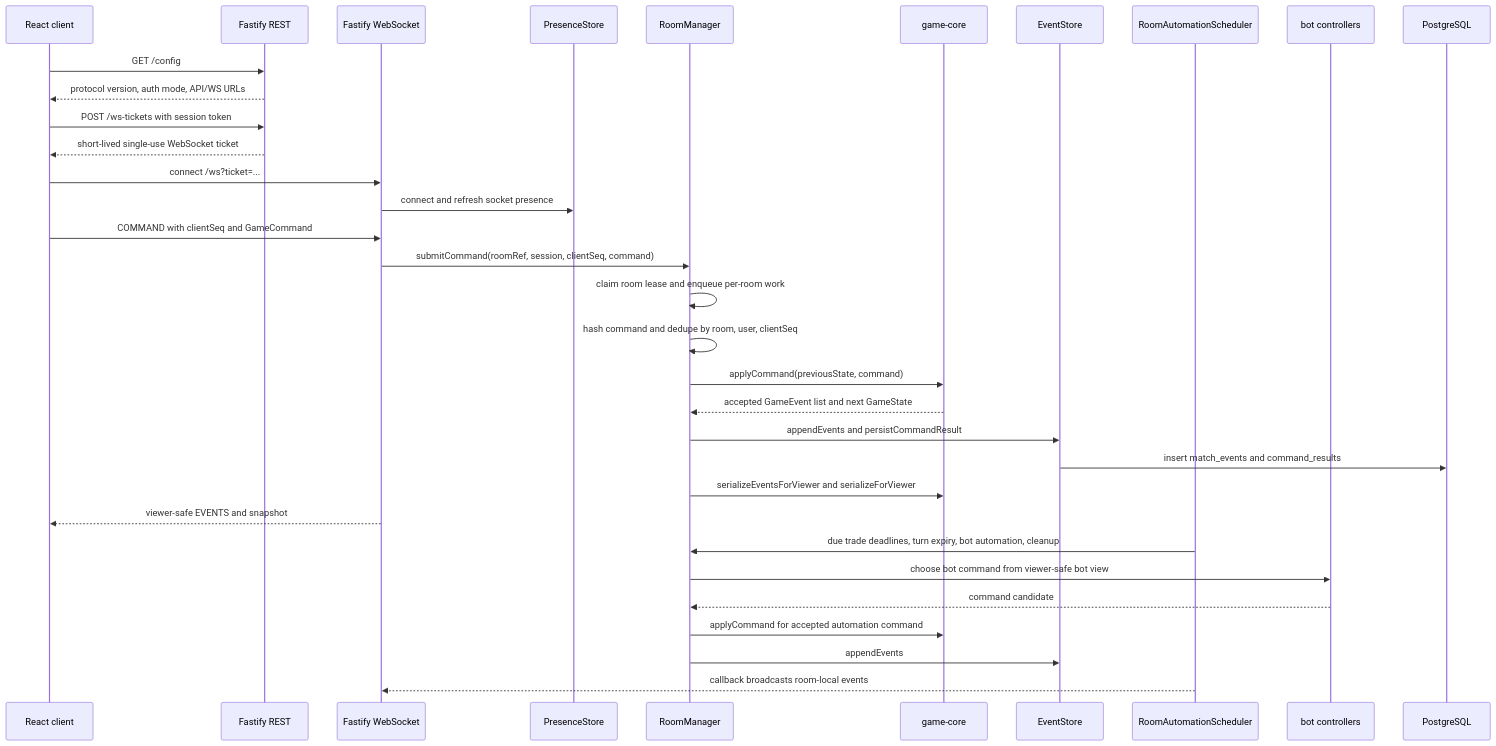
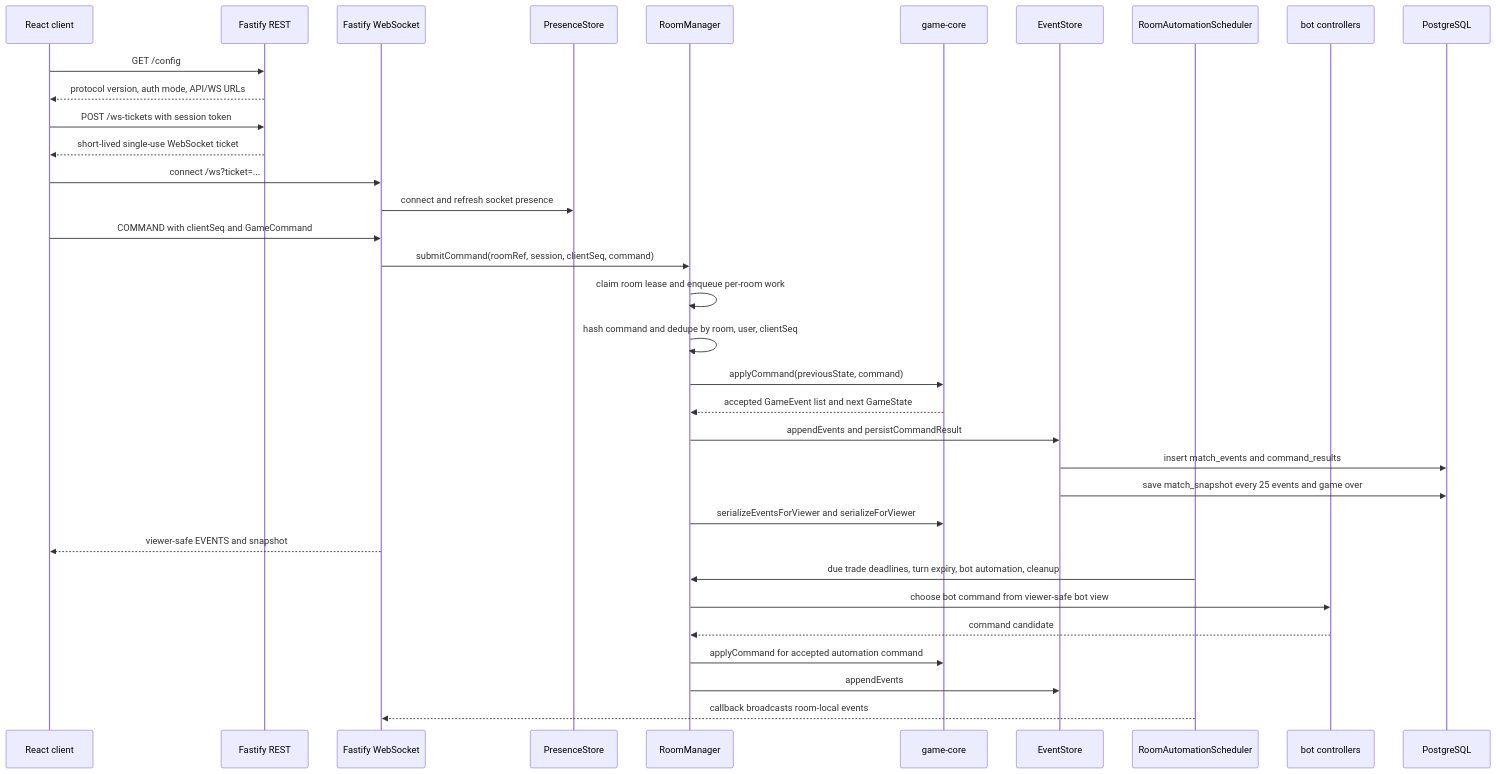
The sixth of 10 diagrams in docs/architecture.md (sahnsookyung/colonizt), drawn with Mermaid before and after one commit. The commit also changed other lines of this file and 19 other files, not shown here.

````diff
--- a/docs/architecture.md
+++ b/docs/architecture.md
@@ -283,38 +298,39 @@
 ```mermaid
 sequenceDiagram
   participant Client as React client
   participant API as Fastify REST
   participant Socket as Fastify WebSocket
   participant Presence as PresenceStore
   participant Manager as RoomManager
   participant Core as game-core
   participant Store as EventStore
   participant Scheduler as RoomAutomationScheduler
   participant Bots as bot controllers
   participant DB as PostgreSQL
 
   Client->>API: GET /config
   API-->>Client: protocol version, auth mode, API/WS URLs
   Client->>API: POST /ws-tickets with session token
   API-->>Client: short-lived single-use WebSocket ticket
   Client->>Socket: connect /ws?ticket=...
   Socket->>Presence: connect and refresh socket presence
 
   Client->>Socket: COMMAND with clientSeq and GameCommand
   Socket->>Manager: submitCommand(roomRef, session, clientSeq, command)
   Manager->>Manager: claim room lease and enqueue per-room work
   Manager->>Manager: hash command and dedupe by room, user, clientSeq
   Manager->>Core: applyCommand(previousState, command)
   Core-->>Manager: accepted GameEvent list and next GameState
   Manager->>Store: appendEvents and persistCommandResult
   Store->>DB: insert match_events and command_results
+  Store->>DB: save match_snapshot every 25 events and game over
   Manager->>Core: serializeEventsForViewer and serializeForViewer
   Socket-->>Client: viewer-safe EVENTS and snapshot
 
   Scheduler->>Manager: due trade deadlines, turn expiry, bot automation, cleanup
   Manager->>Bots: choose bot command from viewer-safe bot view
   Bots-->>Manager: command candidate
   Manager->>Core: applyCommand for accepted automation command
   Manager->>Store: appendEvents
   Scheduler-->>Socket: callback broadcasts room-local events
 ```
````
